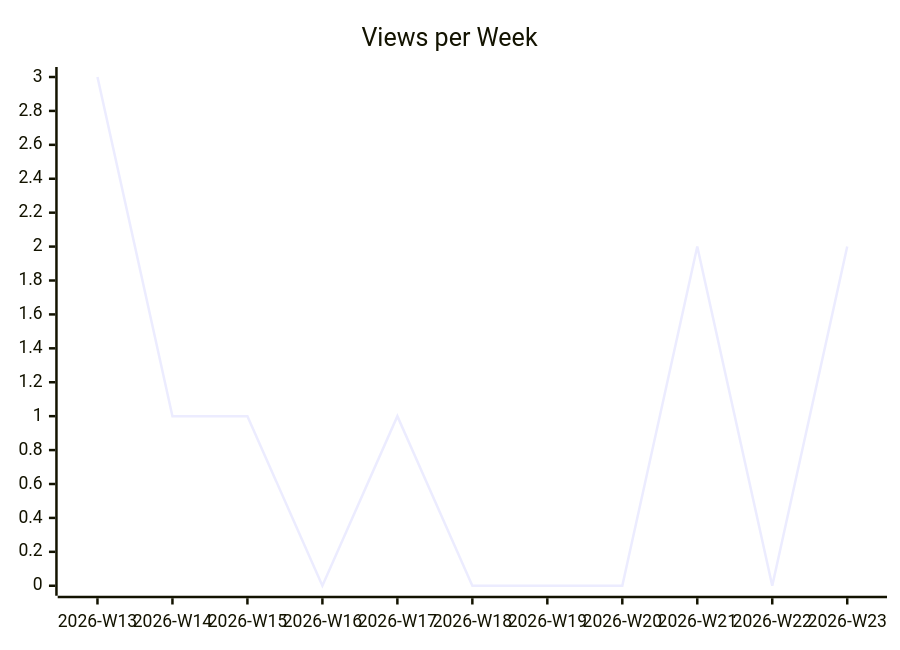
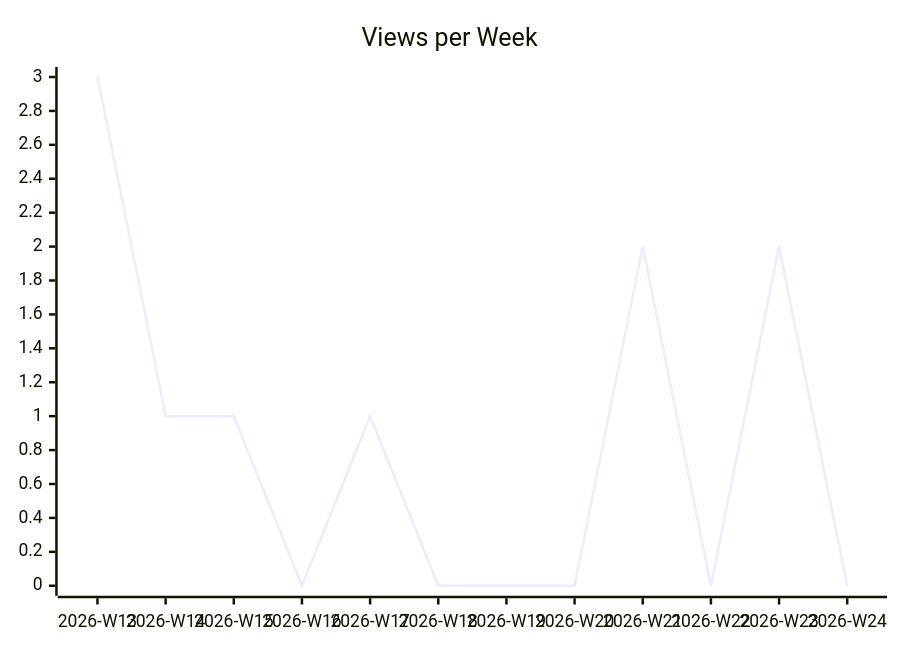
The second of 3 diagrams in karlmdavis/rps-tourney/README.md (justdavis-family/github-analytics-data), drawn with Mermaid before and after one commit. The commit also changed other lines of this file and 189 other files, not shown here.

````diff
--- a/karlmdavis/rps-tourney/README.md
+++ b/karlmdavis/rps-tourney/README.md
@@ -12,6 +12,6 @@
 ```mermaid
 xychart-beta
   title "Views per Week"
-  x-axis ["2026-W13", "2026-W14", "2026-W15", "2026-W16", "2026-W17", "2026-W18", "2026-W19", "2026-W20", "2026-W21", "2026-W22", "2026-W23"]
-  line [3, 1, 1, 0, 1, 0, 0, 0, 2, 0, 2]
+  x-axis ["2026-W13", "2026-W14", "2026-W15", "2026-W16", "2026-W17", "2026-W18", "2026-W19", "2026-W20", "2026-W21", "2026-W22", "2026-W23", "2026-W24"]
+  line [3, 1, 1, 0, 1, 0, 0, 0, 2, 0, 2, 0]
 ```
````
